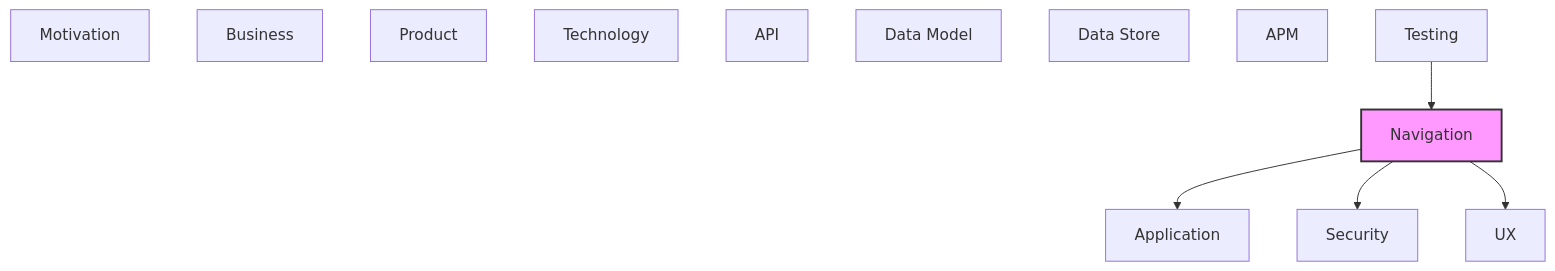
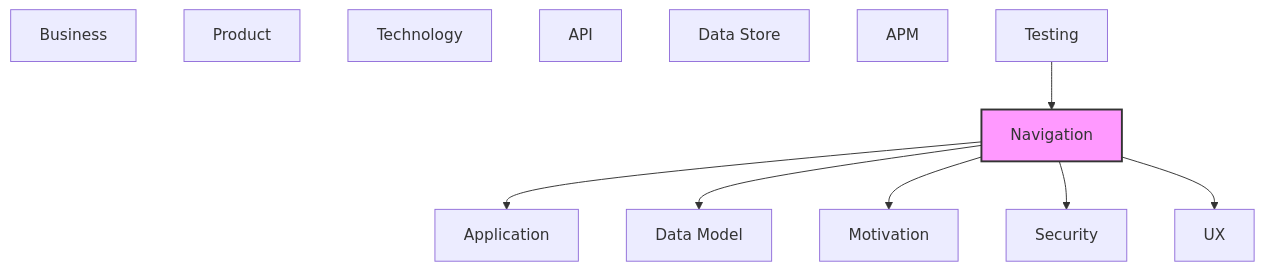
The second of 2 diagrams in documentation-robotics/reports/11-navigation-layer-report.md (tinkermonkey/documentation_robotics_viewer), drawn with Mermaid before and after one commit. The commit also changed other lines of this file and 29 other files, not shown here.

````diff
--- a/documentation-robotics/reports/11-navigation-layer-report.md
+++ b/documentation-robotics/reports/11-navigation-layer-report.md
@@ -59,22 +67,24 @@
 ```mermaid
 flowchart TB
   classDef current fill:#f9f,stroke:#333,stroke-width:2px
   motivation["Motivation"]
   business["Business"]
   product["Product"]
   security["Security"]
   application["Application"]
   technology["Technology"]
   api["API"]
   data_model["Data Model"]
   data_store["Data Store"]
   ux["UX"]
   navigation["Navigation"]
   apm["APM"]
   testing["Testing"]
   navigation --> application
+  navigation --> data_model
+  navigation --> motivation
   navigation --> security
   navigation --> ux
   testing --> navigation
   class navigation current
 ```
````
